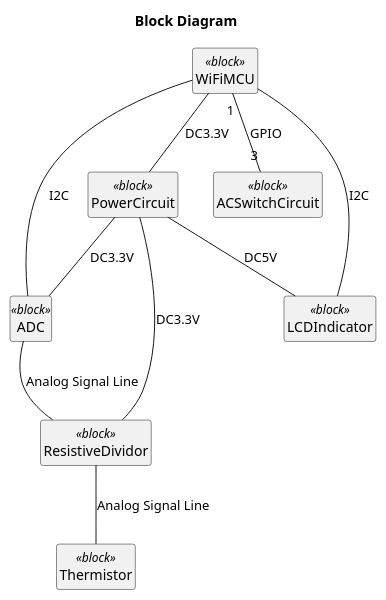
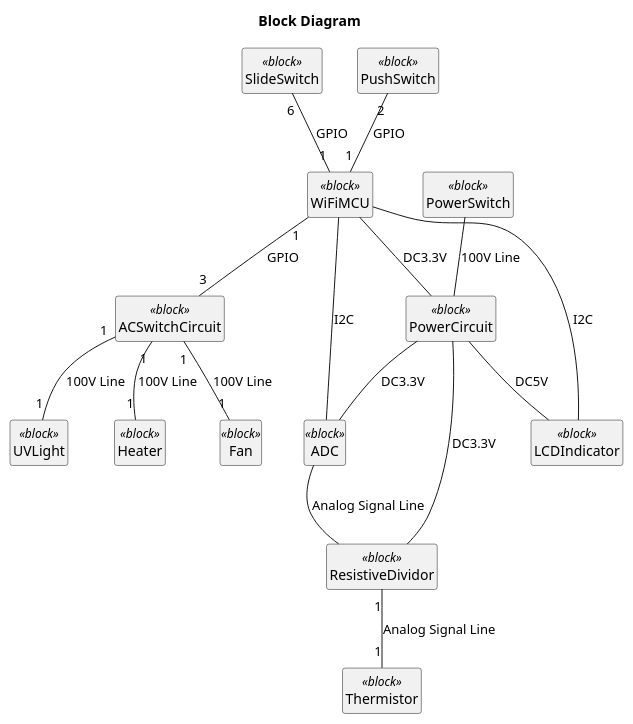
The diagram in RequirementsAndSpecs/BlockDiagram/BlockDiagram.plantuml (ShujiMikami/RenjiSystemProject), drawn with PlantUML before and after one commit.

Commit message:
いったん完成

```diff
--- a/RequirementsAndSpecs/BlockDiagram/BlockDiagram.plantuml
+++ b/RequirementsAndSpecs/BlockDiagram/BlockDiagram.plantuml
@@ -1,50 +1,78 @@
 @startuml
 
 title Block Diagram 
 
 hide circle
 hide method
 hide empty members
 
 
 class "WiFiMCU" as BlockWiFiMCU  <<block>>{
 }
 class "ADC" as BlockADC <<block>>{
 }
 class "PowerCircuit" as BlockPowerCircuit <<block>>{
 }
 class "ACSwitchCircuit" as BlockACSwitchCircuit <<block>>{
 }
 class "LCDIndicator" as BlockLCDIndicator <<block>>{
 }
 class "ResistiveDividor" as BlockResistiveDividor <<block>>{
 }
 class "Thermistor" as BlockThermistor <<block>>{
+}
+class "UVLight" as BlockUVLight <<block>>{
+}
+class "Heater" as BlockHeater <<block>>{
+}
+class "Fan" as BlockFan <<block>>{
+}
+class "SlideSwitch" as BlockSlideSwitch <<block>>{
+}
+class "PushSwitch" as BlockPushSwitch <<block>>{
+}
+class "PowerSwitch" as BlockPowerSwitch <<block>>{
 }
 
 'WifiMCUとADCはI2Cで接続
 BlockWiFiMCU -- BlockADC : I2C
 
 'WifiMCUには3.3Vを供給
 BlockWiFiMCU -- BlockPowerCircuit : DC3.3V
 
 BlockWiFiMCU "1"--"3" BlockACSwitchCircuit : GPIO
 
 'WifiMCUとLCDはI2Cで接続
 BlockWiFiMCU -- BlockLCDIndicator : I2C
 
 'LCDには5Vを供給
 BlockPowerCircuit -- BlockLCDIndicator : DC5V
 
 'ResistiveDividorには3.3Vを供給
 BlockPowerCircuit -- BlockResistiveDividor : DC3.3V
 
 'ADCには3.3Vを供給
 BlockPowerCircuit -- BlockADC : DC3.3V
 
 'ADCに, ResistiveDividorの入力をキャプチャさせる
 BlockADC -- BlockResistiveDividor : Analog Signal Line
 
 'ResistiveDividorに, サーミスタを接続
-BlockResistiveDividor -- BlockThermistor : Analog Signal Line
+BlockResistiveDividor "1"--"1" BlockThermistor : Analog Signal Line
+
+'ACSwitchCircuitに, UVLightを接続
+BlockACSwitchCircuit "1"--"1" BlockUVLight : 100V Line
+
+'ACSwitchCircuitに, Heaterを接続
+BlockACSwitchCircuit "1"--"1" BlockHeater : 100V Line
+
+'ACSwitchCircuitに, Fanを接続
+BlockACSwitchCircuit "1"--"1" BlockFan : 100V Line
+
+'Slideスイッチ, PushSwitchはMCUに接続
+BlockSlideSwitch "6" -- "1" BlockWiFiMCU : GPIO
+BlockPushSwitch "2" -- "1" BlockWiFiMCU : GPIO
+
+'PowerSwitchは, PowerCircuitに接続'
+BlockPowerSwitch -- BlockPowerCircuit : 100V Line
 @enduml
```
